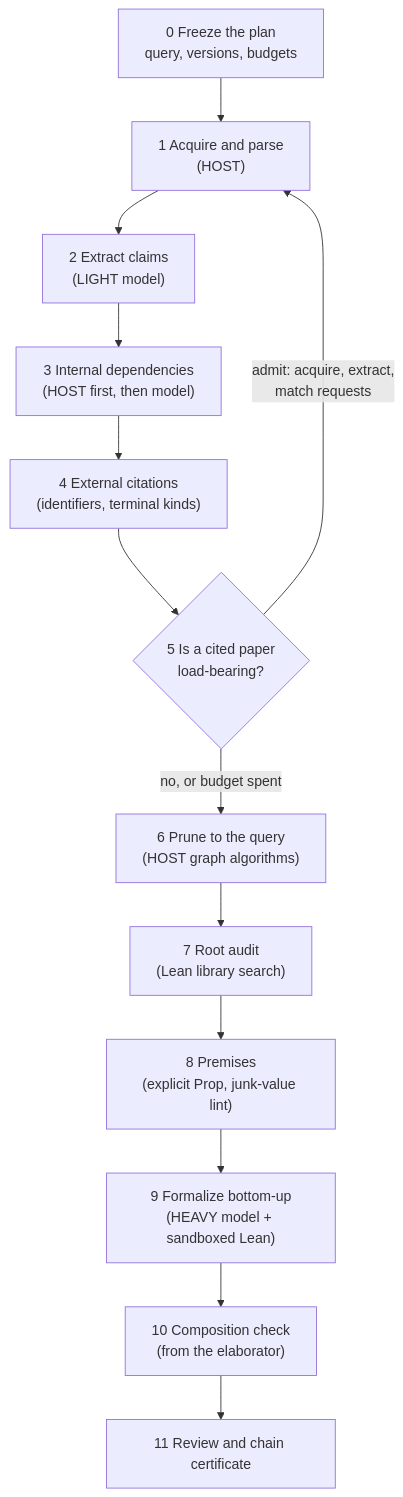
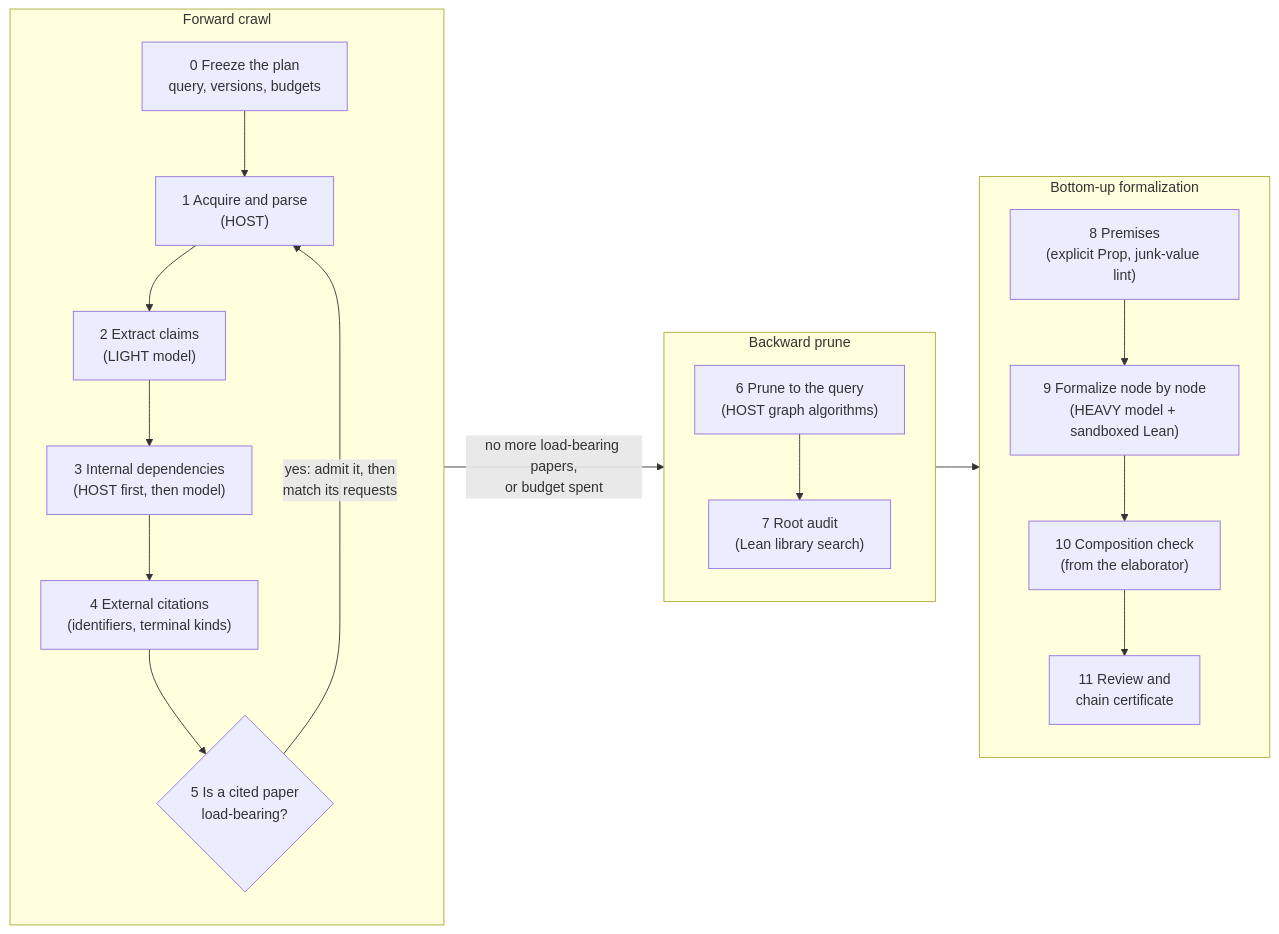
One commit to EugeneLIU2000/AgtXIv changed the diagram in schema v0.3/WORKFLOW.md. Above: the diagram before and after it, drawn with Mermaid.

Commit message:
docs(schema v0.3): lay the workflow diagram out in three stages
One column of twelve steps rendered about 1,800 px tall. Group the steps into
the three stages the text names: forward crawl, backward prune and bottom-up
formalization.

````diff
--- a/schema v0.3/WORKFLOW.md
+++ b/schema v0.3/WORKFLOW.md
@@ -51,15 +51,24 @@
 ```mermaid
-flowchart TD
-  F0["0 Freeze the plan<br/>query, versions, budgets"] --> F1["1 Acquire and parse<br/>(HOST)"]
-  F1 --> F2["2 Extract claims<br/>(LIGHT model)"]
-  F2 --> F3["3 Internal dependencies<br/>(HOST first, then model)"]
-  F3 --> F4["4 External citations<br/>(identifiers, terminal kinds)"]
-  F4 --> F5{"5 Is a cited paper<br/>load-bearing?"}
-  F5 -- "admit: acquire, extract,<br/>match requests" --> F1
-  F5 -- "no, or budget spent" --> F6["6 Prune to the query<br/>(HOST graph algorithms)"]
-  F6 --> F7["7 Root audit<br/>(Lean library search)"]
-  F7 --> F8["8 Premises<br/>(explicit Prop, junk-value lint)"]
-  F8 --> F9["9 Formalize bottom-up<br/>(HEAVY model + sandboxed Lean)"]
-  F9 --> F10["10 Composition check<br/>(from the elaborator)"]
-  F10 --> F11["11 Review and chain certificate"]
+flowchart LR
+  subgraph crawl["Forward crawl"]
+    direction TB
+    F0["0 Freeze the plan<br/>query, versions, budgets"] --> F1["1 Acquire and parse<br/>(HOST)"]
+    F1 --> F2["2 Extract claims<br/>(LIGHT model)"]
+    F2 --> F3["3 Internal dependencies<br/>(HOST first, then model)"]
+    F3 --> F4["4 External citations<br/>(identifiers, terminal kinds)"]
+    F4 --> F5{"5 Is a cited paper<br/>load-bearing?"}
+    F5 -- "yes: admit it, then<br/>match its requests" --> F1
+  end
+  subgraph prune["Backward prune"]
+    direction TB
+    F6["6 Prune to the query<br/>(HOST graph algorithms)"] --> F7["7 Root audit<br/>(Lean library search)"]
+  end
+  subgraph formal["Bottom-up formalization"]
+    direction TB
+    F8["8 Premises<br/>(explicit Prop, junk-value lint)"] --> F9["9 Formalize node by node<br/>(HEAVY model + sandboxed Lean)"]
+    F9 --> F10["10 Composition check<br/>(from the elaborator)"]
+    F10 --> F11["11 Review and<br/>chain certificate"]
+  end
+  crawl -- "no more load-bearing papers,<br/>or budget spent" --> prune
+  prune --> formal
 ```
````
